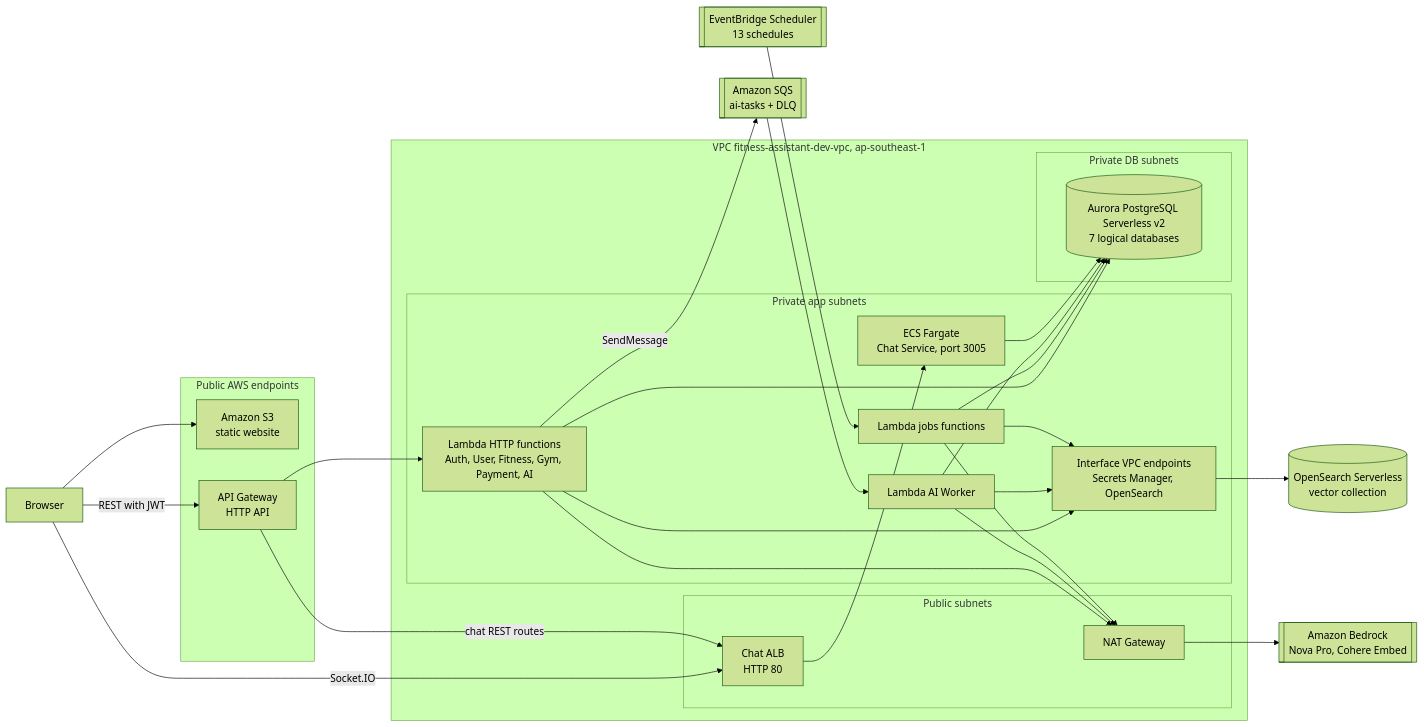
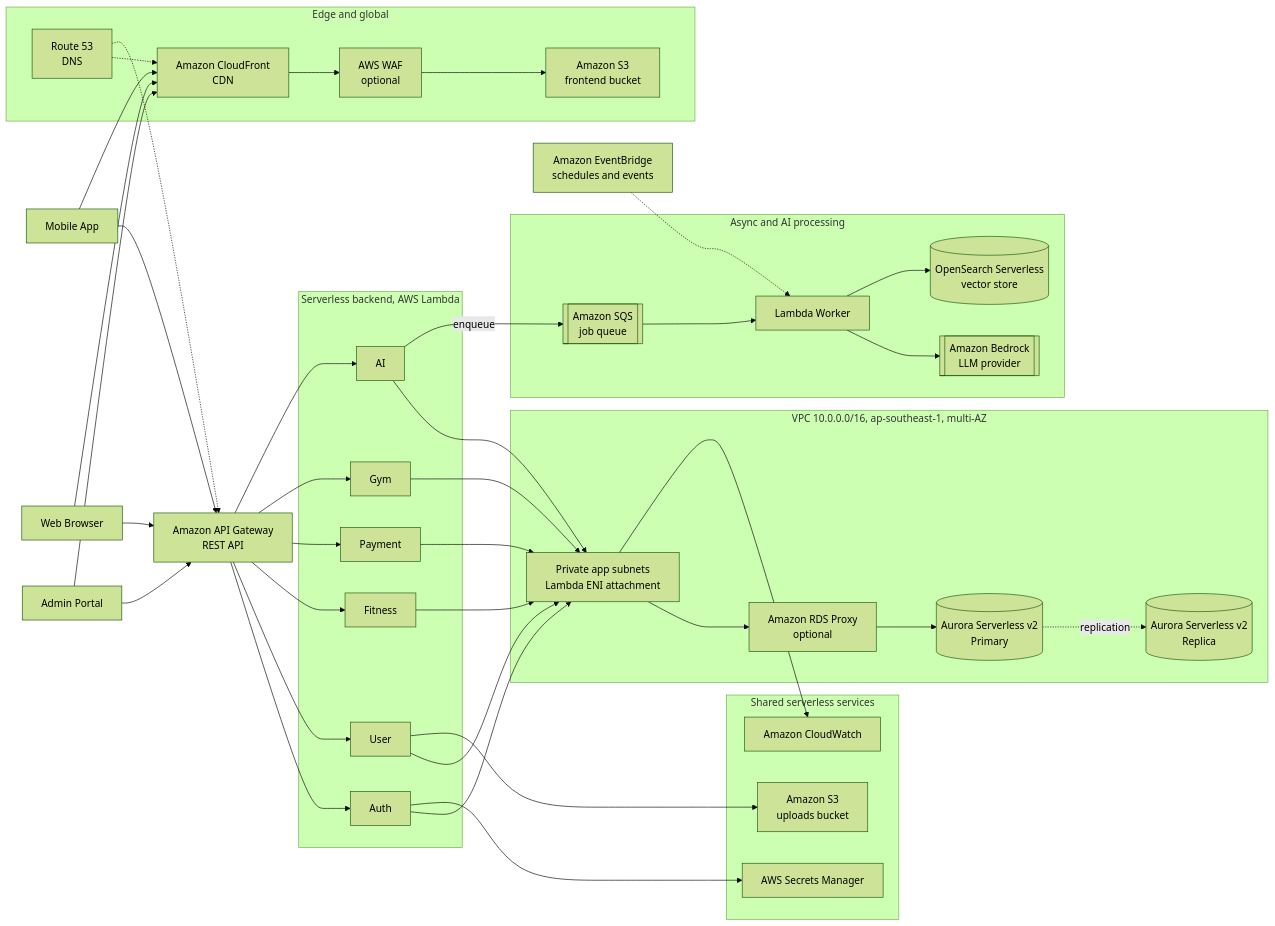
Before and after one commit to trmizy/FCAJ_Project_Personal: the diagram in content/2-Proposal/_index.md, drawn with Mermaid (forest theme). The commit also changed other lines of this file and 3 other files, not shown here.

First line of the commit message:
Replace the architecture diagrams with the user-supplied design

```diff
--- a/content/2-Proposal/_index.md
+++ b/content/2-Proposal/_index.md
@@ -49,53 +49,83 @@
 {{< mermaid >}}
 graph LR
-    User[Browser]
+    U1[Mobile App]
+    U2[Web Browser]
+    U3["Admin Portal"]
 
-    subgraph Edge ["Public AWS endpoints"]
-        FE["Amazon S3<br/>static website"]
-        GW["API Gateway<br/>HTTP API"]
+    subgraph Edge ["Edge and global"]
+        R53["Route 53<br/>DNS"]
+        WAF["AWS WAF<br/>optional"]
+        CF["Amazon CloudFront<br/>CDN"]
+        FE["Amazon S3<br/>frontend bucket"]
     end
 
-    subgraph VPC ["VPC fitness-assistant-dev-vpc, ap-southeast-1"]
-        subgraph Public ["Public subnets"]
-            ALB["Chat ALB<br/>HTTP 80"]
-            NAT["NAT Gateway"]
-        end
-        subgraph Private ["Private app subnets"]
-            L["Lambda HTTP functions<br/>Auth, User, Fitness, Gym, Payment, AI"]
-            J["Lambda jobs functions"]
-            W["Lambda AI Worker"]
-            C["ECS Fargate<br/>Chat Service, port 3005"]
-            VPCE["Interface VPC endpoints<br/>Secrets Manager, OpenSearch"]
-        end
-        subgraph DB ["Private DB subnets"]
-            A[("Aurora PostgreSQL Serverless v2<br/>7 logical databases")]
-        end
+    GW["Amazon API Gateway<br/>REST API"]
+
+    subgraph Backend ["Serverless backend, AWS Lambda"]
+        AU["Auth"]
+        US["User"]
+        FI["Fitness"]
+        PA["Payment"]
+        GY["Gym"]
+        AIS["AI"]
     end
 
-    SQS[["Amazon SQS<br/>ai-tasks + DLQ"]]
-    EB[["EventBridge Scheduler<br/>13 schedules"]]
-    BR[["Amazon Bedrock<br/>Nova Pro, Cohere Embed"]]
-    OS[("OpenSearch Serverless<br/>vector collection")]
+    subgraph VPC ["VPC 10.0.0.0/16, ap-southeast-1, multi-AZ"]
+        ENI["Private app subnets<br/>Lambda ENI attachment"]
+        PROXY["Amazon RDS Proxy<br/>optional"]
+        DBA[("Aurora Serverless v2<br/>Primary")]
+        DBB[("Aurora Serverless v2<br/>Replica")]
+    end
 
-    User --> FE
-    User -->|REST with JWT| GW
-    User -->|Socket.IO| ALB
-    GW --> L
-    GW -->|chat REST routes| ALB
-    ALB --> C
-    L --> A
-    J --> A
-    W --> A
-    C --> A
-    L -->|SendMessage| SQS
-    SQS --> W
-    EB --> J
-    L --> NAT
-    W --> NAT
-    J --> NAT
-    NAT --> BR
-    L --> VPCE
-    W --> VPCE
-    J --> VPCE
-    VPCE --> OS
+    subgraph Shared ["Shared serverless services"]
+        UP["Amazon S3<br/>uploads bucket"]
+        SEC["AWS Secrets Manager"]
+        CW["Amazon CloudWatch"]
+    end
+
+    EB["Amazon EventBridge<br/>schedules and events"]
+
+    subgraph Async ["Async and AI processing"]
+        SQS1[["Amazon SQS<br/>job queue"]]
+        WRK["Lambda Worker"]
+        BR[["Amazon Bedrock<br/>LLM provider"]]
+        VEC[("OpenSearch Serverless<br/>vector store")]
+    end
+
+    U1 --> CF
+    U2 --> CF
+    U3 --> CF
+    R53 -.-> CF
+    R53 -.-> GW
+    CF --> WAF
+    WAF --> FE
+    U1 --> GW
+    U2 --> GW
+    U3 --> GW
+
+    GW --> AU
+    GW --> US
+    GW --> FI
+    GW --> PA
+    GW --> GY
+    GW --> AIS
+
+    AU --> ENI
+    US --> ENI
+    FI --> ENI
+    PA --> ENI
+    GY --> ENI
+    AIS --> ENI
+    ENI --> PROXY
+    PROXY --> DBA
+    DBA -. replication .-> DBB
+
+    AU --> SEC
+    US --> UP
+    AIS -->|enqueue| SQS1
+    SQS1 --> WRK
+    WRK --> BR
+    WRK --> VEC
+    EB -.-> WRK
+    ENI --> CW
 {{< /mermaid >}}
```
